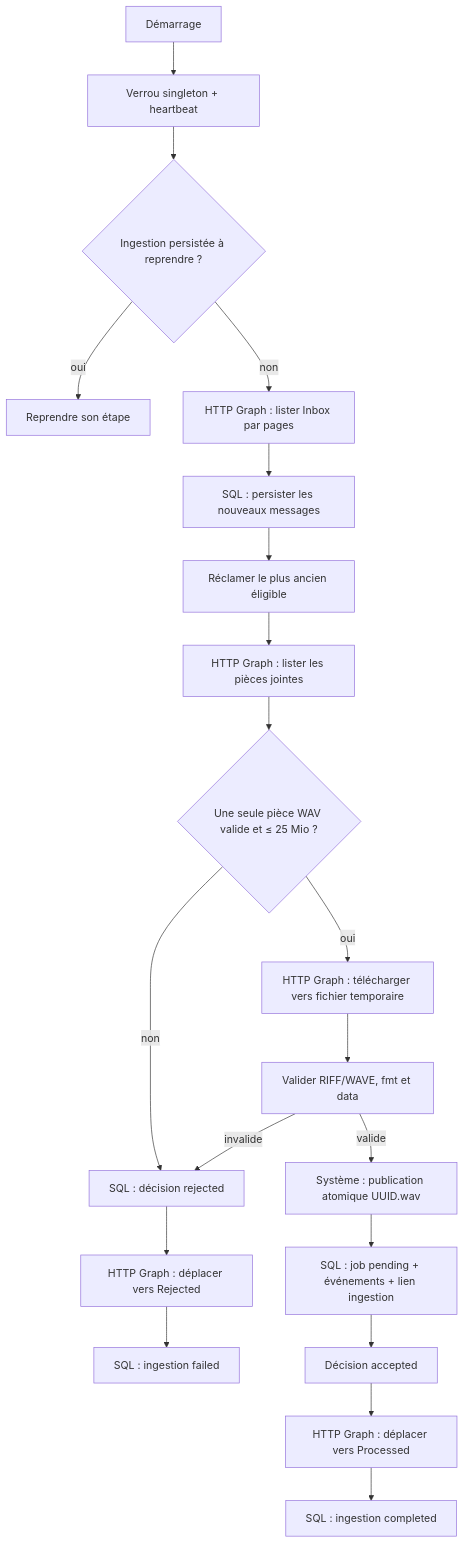
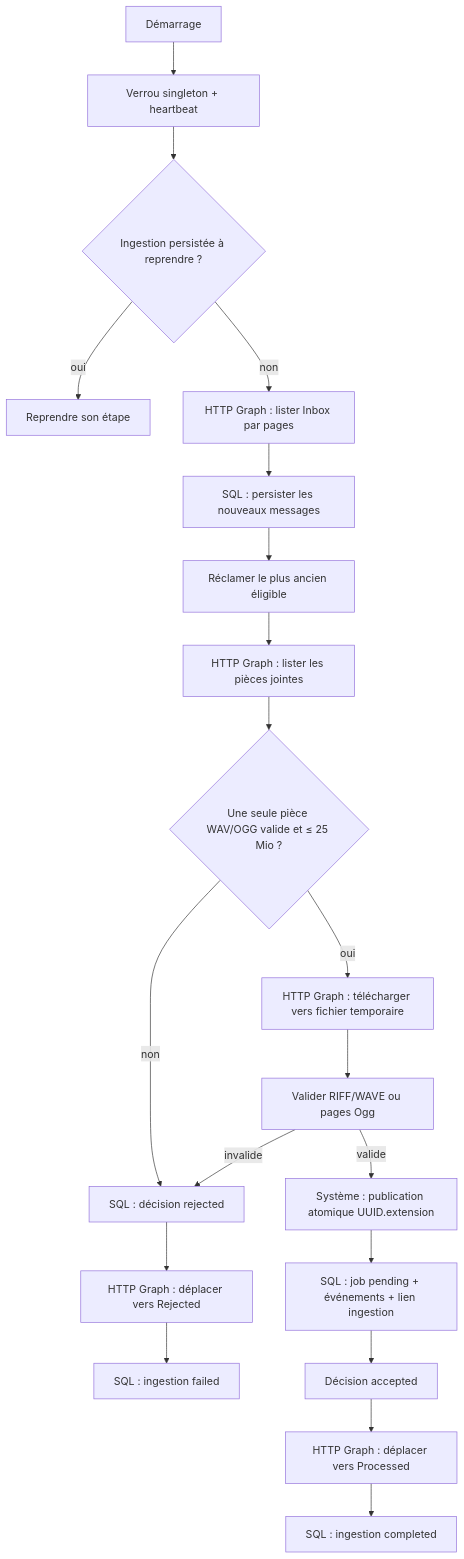
The second of 5 diagrams in docs/mvp-architecture.md (dev-vauclaire/mevo2glpi), drawn with Mermaid before and after one commit. The commit also changed other lines of this file and 36 other files, not shown here.

````diff
--- a/docs/mvp-architecture.md
+++ b/docs/mvp-architecture.md
@@ -241,22 +243,22 @@
 ```mermaid
 flowchart TD
     Start[Démarrage] --> Lock[Verrou singleton + heartbeat]
     Lock --> Resume{Ingestion persistée à reprendre ?}
     Resume -->|oui| Process[Reprendre son étape]
     Resume -->|non| List[HTTP Graph : lister Inbox par pages]
     List --> Persist[SQL : persister les nouveaux messages]
     Persist --> Claim[Réclamer le plus ancien éligible]
     Claim --> Attachments[HTTP Graph : lister les pièces jointes]
-    Attachments --> Validate{Une seule pièce WAV valide et ≤ 25 Mio ?}
+    Attachments --> Validate{Une seule pièce WAV/OGG valide et ≤ 25 Mio ?}
     Validate -->|non| Reject[SQL : décision rejected]
     Validate -->|oui| Download[HTTP Graph : télécharger vers fichier temporaire]
-    Download --> Inspect[Valider RIFF/WAVE, fmt et data]
+    Download --> Inspect[Valider RIFF/WAVE ou pages Ogg]
     Inspect -->|invalide| Reject
-    Inspect -->|valide| Publish[Système : publication atomique UUID.wav]
+    Inspect -->|valide| Publish[Système : publication atomique UUID.extension]
     Publish --> Job[SQL : job pending + événements + lien ingestion]
     Job --> Accept[Décision accepted]
     Accept --> MoveProcessed[HTTP Graph : déplacer vers Processed]
     Reject --> MoveRejected[HTTP Graph : déplacer vers Rejected]
     MoveProcessed --> Done[SQL : ingestion completed]
     MoveRejected --> Failed[SQL : ingestion failed]
 ```
````
